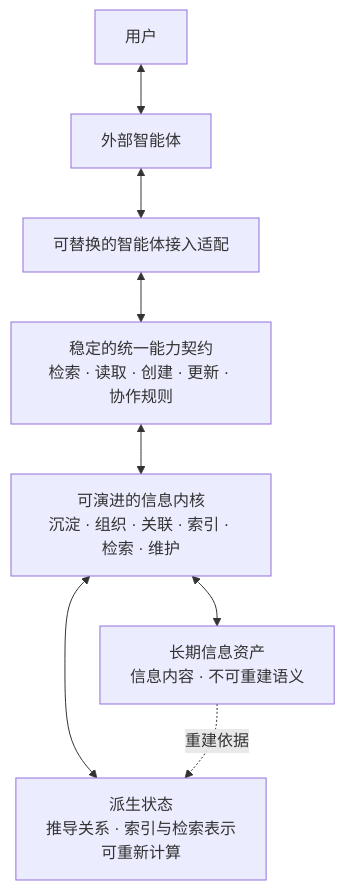
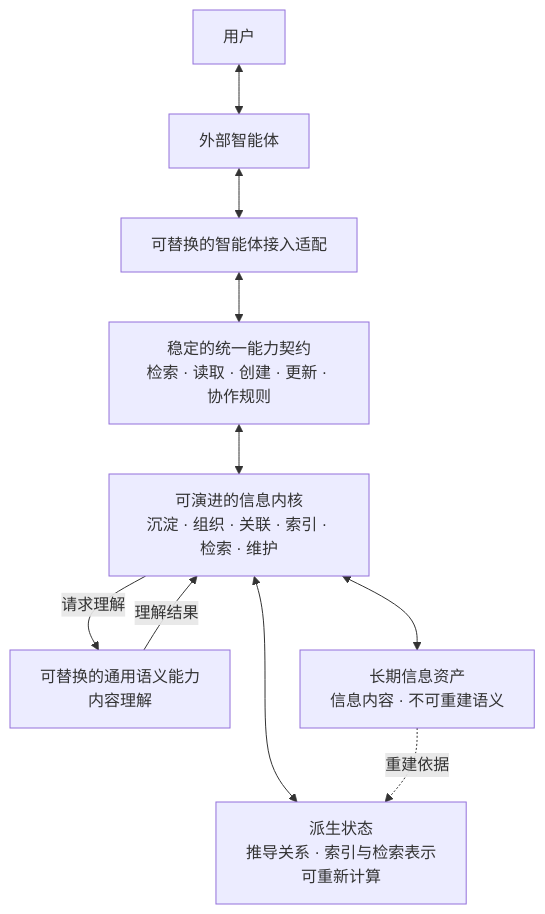
The diagram in docs/architecture/overview.md (HJSunDev/ownward), drawn with Mermaid before and after one commit. The commit also changed other lines of this file and 8 other files, not shown here.

First line of the commit message:
docs(semantic-organization): define durable architecture and acceptance boundaries

````diff
--- a/docs/architecture/overview.md
+++ b/docs/architecture/overview.md
@@ -38,18 +40,21 @@
 ```mermaid
 flowchart TB
     U["用户"]
     X["外部智能体"]
     P["可替换的智能体接入适配"]
     C["稳定的统一能力契约<br/>检索 · 读取 · 创建 · 更新 · 协作规则"]
     K["可演进的信息内核<br/>沉淀 · 组织 · 关联 · 索引 · 检索 · 维护"]
+    S["可替换的通用语义能力<br/>内容理解"]
     A["长期信息资产<br/>信息内容 · 不可重建语义"]
     D["派生状态<br/>推导关系 · 索引与检索表示<br/>可重新计算"]
 
     U <--> X
     X <--> P
     P <--> C
     C <--> K
+    K -->|"请求理解"| S
+    S -->|"理解结果"| K
     K <--> A
     K <--> D
     A -. "重建依据" .-> D
 ```
````
